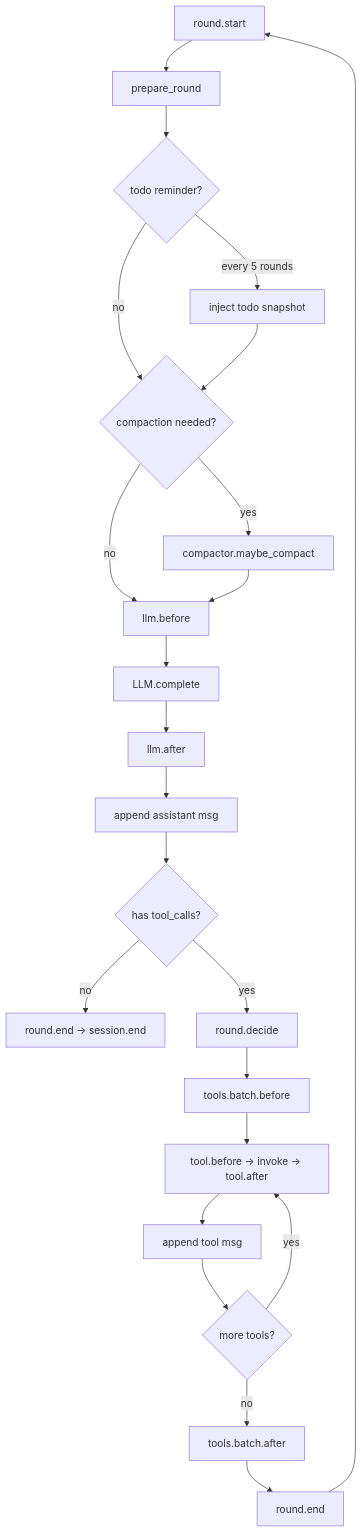
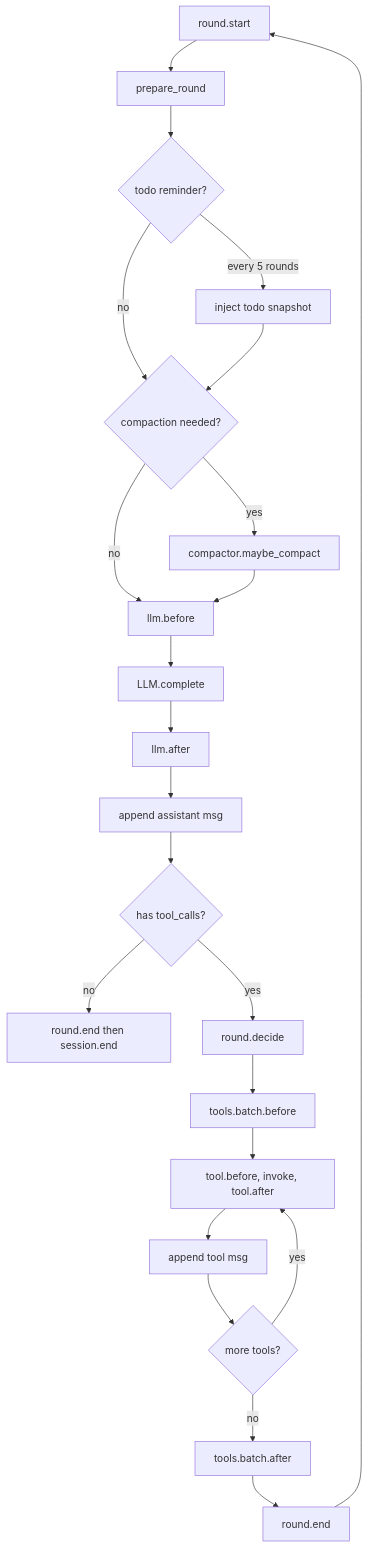
Before and after one commit to PL-play/power-loop: the third of 12 diagrams in docs/en/architecture.md, drawn with Mermaid. The commit also changed other lines of this file and 46 other files, not shown here.

````diff
--- a/docs/en/architecture.md
+++ b/docs/en/architecture.md
@@ -97,25 +97,25 @@
 ```mermaid
 flowchart TD
     A[round.start] --> B[prepare_round]
     B --> B1{todo reminder?}
     B1 -->|every 5 rounds| B2[inject todo snapshot]
     B1 -->|no| C
     B2 --> C{compaction needed?}
     C -->|yes| C1[compactor.maybe_compact]
     C -->|no| D
     C1 --> D[llm.before]
     D --> E[LLM.complete]
     E --> F[llm.after]
     F --> G[append assistant msg]
     G --> H{has tool_calls?}
-    H -->|no| I[round.end → session.end]
+    H -->|no| I[round.end then session.end]
     H -->|yes| J[round.decide]
     J --> K[tools.batch.before]
-    K --> L[tool.before → invoke → tool.after]
+    K --> L[tool.before, invoke, tool.after]
     L --> M[append tool msg]
     M --> N{more tools?}
     N -->|yes| L
     N -->|no| O[tools.batch.after]
     O --> P[round.end]
     P --> A
 ```
````
